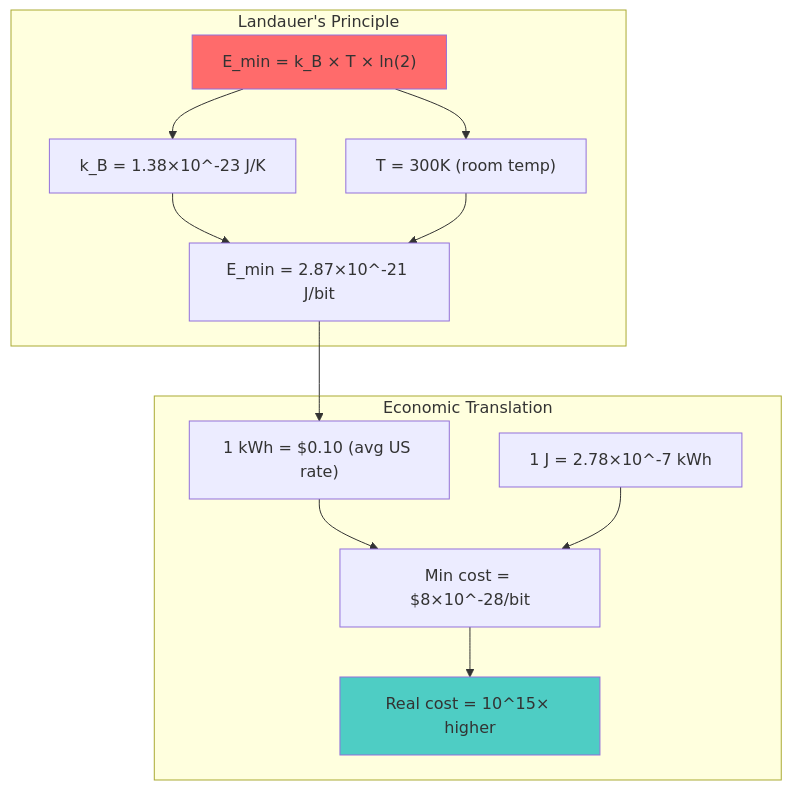
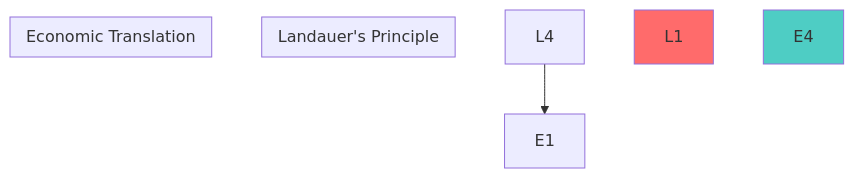
Before and after one commit to deepaucksharma/DStudio: the seventh of 11 diagrams in docs/core-principles/laws/economic-reality.md, drawn with Mermaid. The commit also changed other lines of this file and 9 other files, not shown here.

First line of the commit message:
feat: enhance 7 fundamental laws with Apex Learner's Protocol and fix Mermaid diagrams

````diff
--- a/docs/core-principles/laws/economic-reality.md
+++ b/docs/core-principles/laws/economic-reality.md
@@ -686,23 +570,10 @@
 ```mermaid
 graph TB
-    subgraph "Landauer's Principle"
-        L1["E_min = k_B × T × ln(2)"]
-        L2["k_B = 1.38×10^-23 J/K"]
-        L3["T = 300K (room temp)"]
-        L4["E_min = 2.87×10^-21 J/bit"]
-        L1 --> L2 & L3 --> L4
-    end
-    
-    subgraph "Economic Translation"
-        E1["1 kWh = $0.10 (avg US rate)"]
-        E2["1 J = 2.78×10^-7 kWh"]
-        E3["Min cost = $8×10^-28/bit"]
-        E4["Real cost = 10^15× higher"]
-        E1 & E2 --> E3 --> E4
-    end
-    
-    L4 --> E1
-    
-    style L1 fill:#ff6b6b
-    style E4 fill:#4ecdc4
+ subgraph "Landauer's Principle"
+ end
+ subgraph "Economic Translation"
+ end
+ L4 --> E1
+ style L1 fill:#ff6b6b
+ style E4 fill:#4ecdc4
 ```
````
